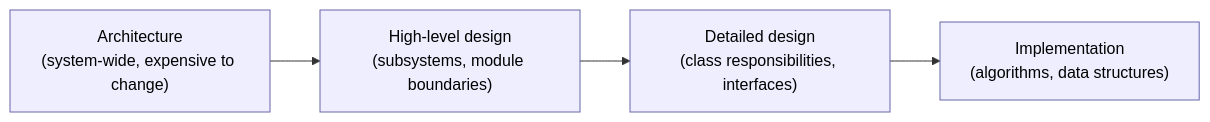
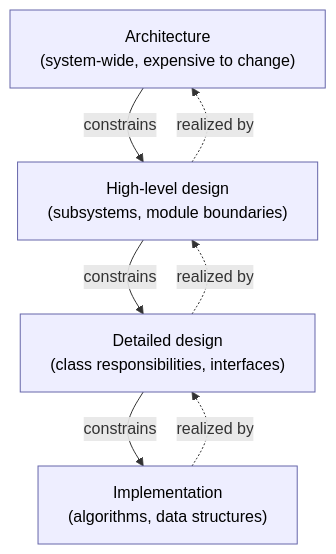
Before and after one commit to vrthra/open-swe-book: the first of 5 diagrams in chapters/06-design-and-architecture/README.md, drawn with Mermaid. The commit also changed 23 other files, not shown here.

Commit message:
Update tab order and fixed diagrams

````diff
--- a/chapters/06-design-and-architecture/README.md
+++ b/chapters/06-design-and-architecture/README.md
@@ -63,8 +63,11 @@
 ```mermaid
-flowchart LR
-    A["Architecture<br/>(system-wide, expensive to change)"] --> B["High-level design<br/>(subsystems, module boundaries)"]
-    B --> C["Detailed design<br/>(class responsibilities, interfaces)"]
-    C --> D["Implementation<br/>(algorithms, data structures)"]
+flowchart TD
+    A["Architecture<br/>(system#8209;wide,&nbsp;expensive&nbsp;to&nbsp;change)"] -- constrains --> B["High-level design<br/>(subsystems,&nbsp;module&nbsp;boundaries)"]
+    B -. realized by .-> A
+    B -- constrains --> C["Detailed design<br/>(class&nbsp;responsibilities,&nbsp;interfaces)"]
+    C -. realized by .-> B
+    C -- constrains --> D["Implementation<br/>(algorithms,&nbsp;data&nbsp;structures)"]
+    D -. realized by .-> C
     classDef s fill:#eef,stroke:#66a,color:#000;
     class A,B,C,D s;
 ```
````
